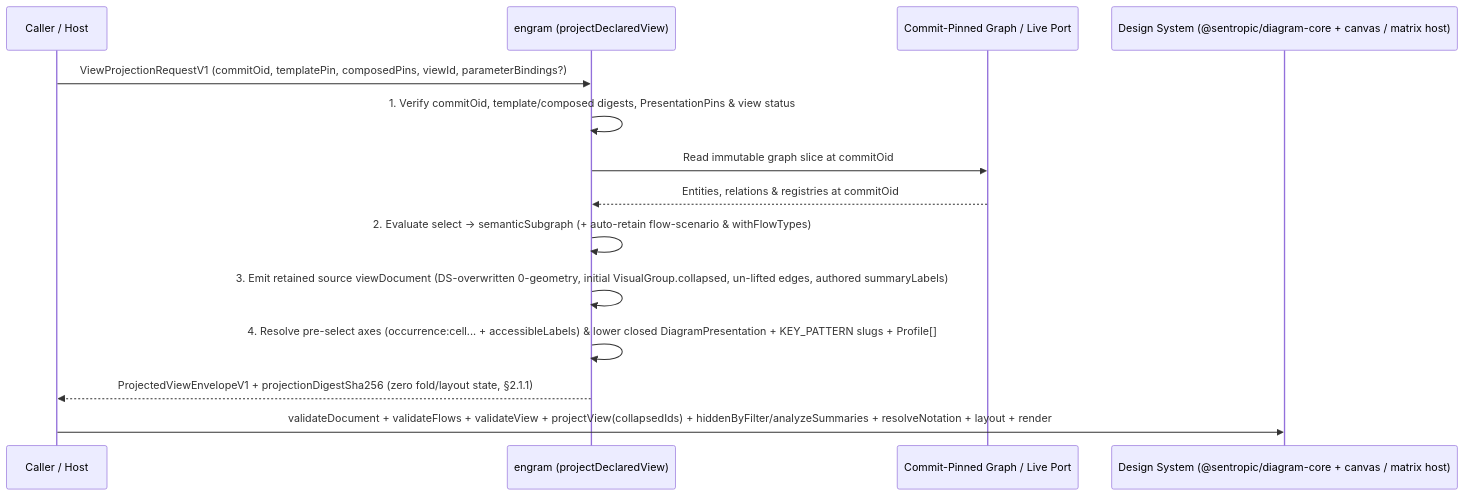
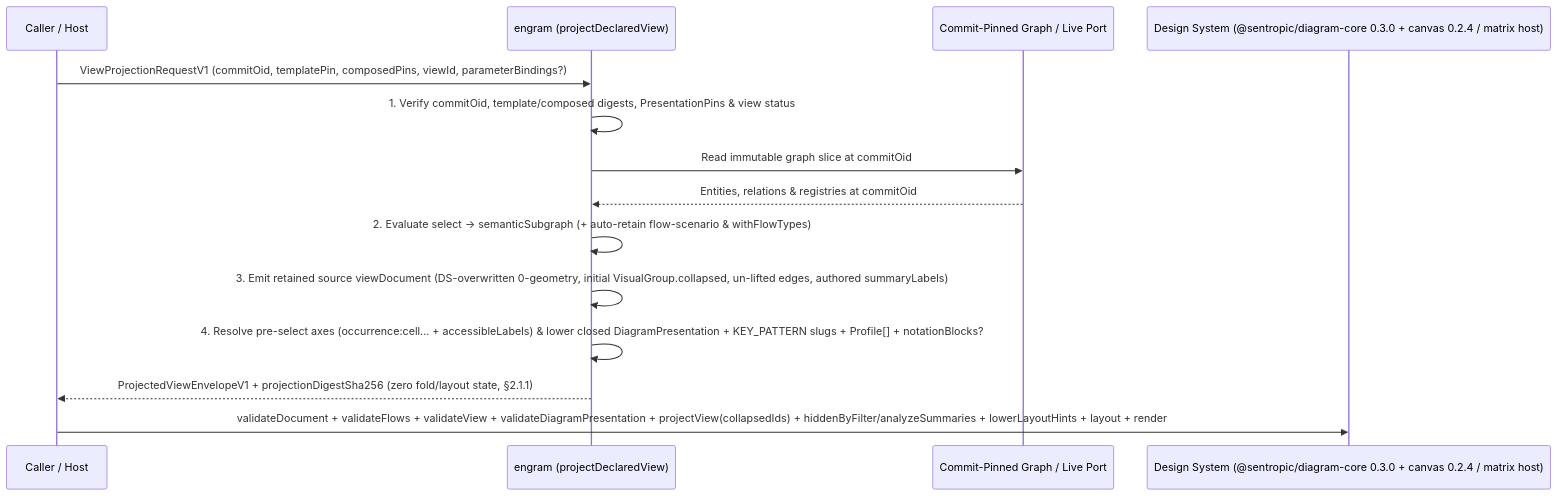
One commit to rhanka/engram changed the diagram in spec/SPEC_ENGRAM_PROFILE_VIEW_MECHANISM.md. Above: the diagram before and after it, drawn with Mermaid. The commit also changed other lines of this file and 3 other files, not shown here.

````diff
--- a/spec/SPEC_ENGRAM_PROFILE_VIEW_MECHANISM.md
+++ b/spec/SPEC_ENGRAM_PROFILE_VIEW_MECHANISM.md
@@ -1075,17 +1113,17 @@
 ```mermaid
 sequenceDiagram
     participant Host as Caller / Host
     participant Engram as engram (projectDeclaredView)
     participant Store as Commit-Pinned Graph / Live Port
-    participant DS as Design System (@sentropic/diagram-core + canvas / matrix host)
+    participant DS as Design System (@sentropic/diagram-core 0.3.0 + canvas 0.2.4 / matrix host)
 
     Host->>Engram: ViewProjectionRequestV1 (commitOid, templatePin, composedPins, viewId, parameterBindings?)
     Engram->>Engram: 1. Verify commitOid, template/composed digests, PresentationPins & view status
     Engram->>Store: Read immutable graph slice at commitOid
     Store-->>Engram: Entities, relations & registries at commitOid
     Engram->>Engram: 2. Evaluate select -> semanticSubgraph (+ auto-retain flow-scenario & withFlowTypes)
     Engram->>Engram: 3. Emit retained source viewDocument (DS-overwritten 0-geometry, initial VisualGroup.collapsed, un-lifted edges, authored summaryLabels)
-    Engram->>Engram: 4. Resolve pre-select axes (occurrence:cell... + accessibleLabels) & lower closed DiagramPresentation + KEY_PATTERN slugs + Profile[]
+    Engram->>Engram: 4. Resolve pre-select axes (occurrence:cell... + accessibleLabels) & lower closed DiagramPresentation + KEY_PATTERN slugs + Profile[] + notationBlocks?
     Engram-->>Host: ProjectedViewEnvelopeV1 + projectionDigestSha256 (zero fold/layout state, §2.1.1)
-    Host->>DS: validateDocument + validateFlows + validateView + projectView(collapsedIds) + hiddenByFilter/analyzeSummaries + resolveNotation + layout + render
+    Host->>DS: validateDocument + validateFlows + validateView + validateDiagramPresentation + projectView(collapsedIds) + hiddenByFilter/analyzeSummaries + lowerLayoutHints + layout + render
 ```
````
